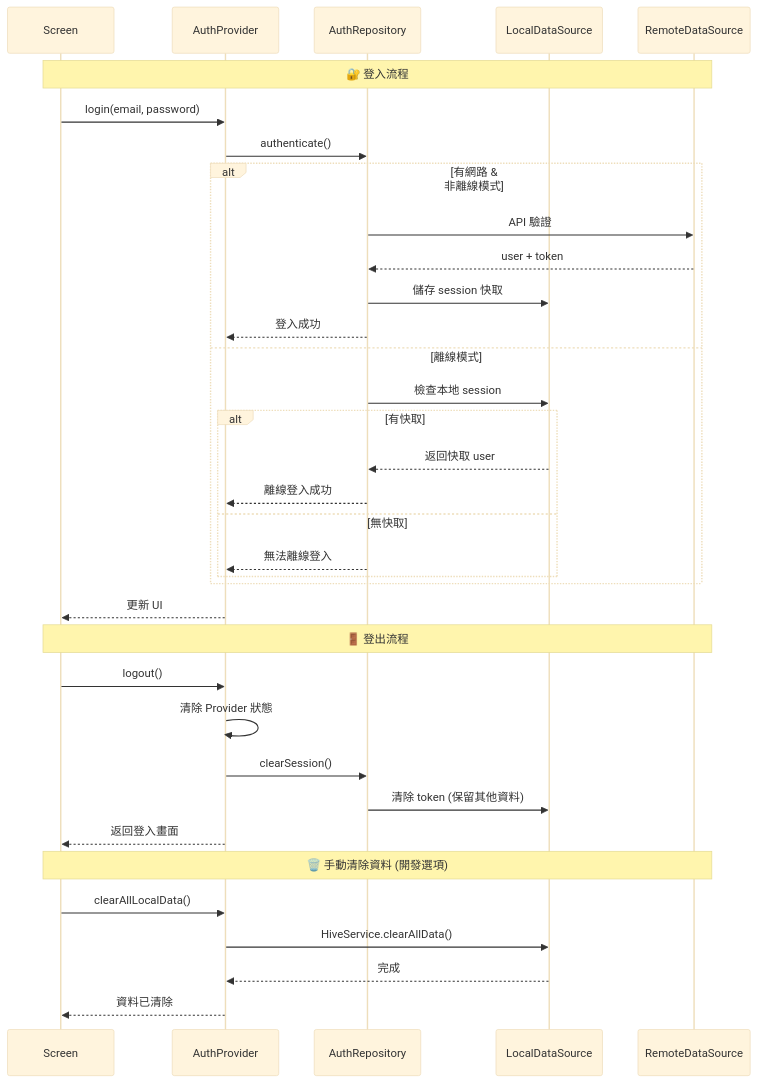
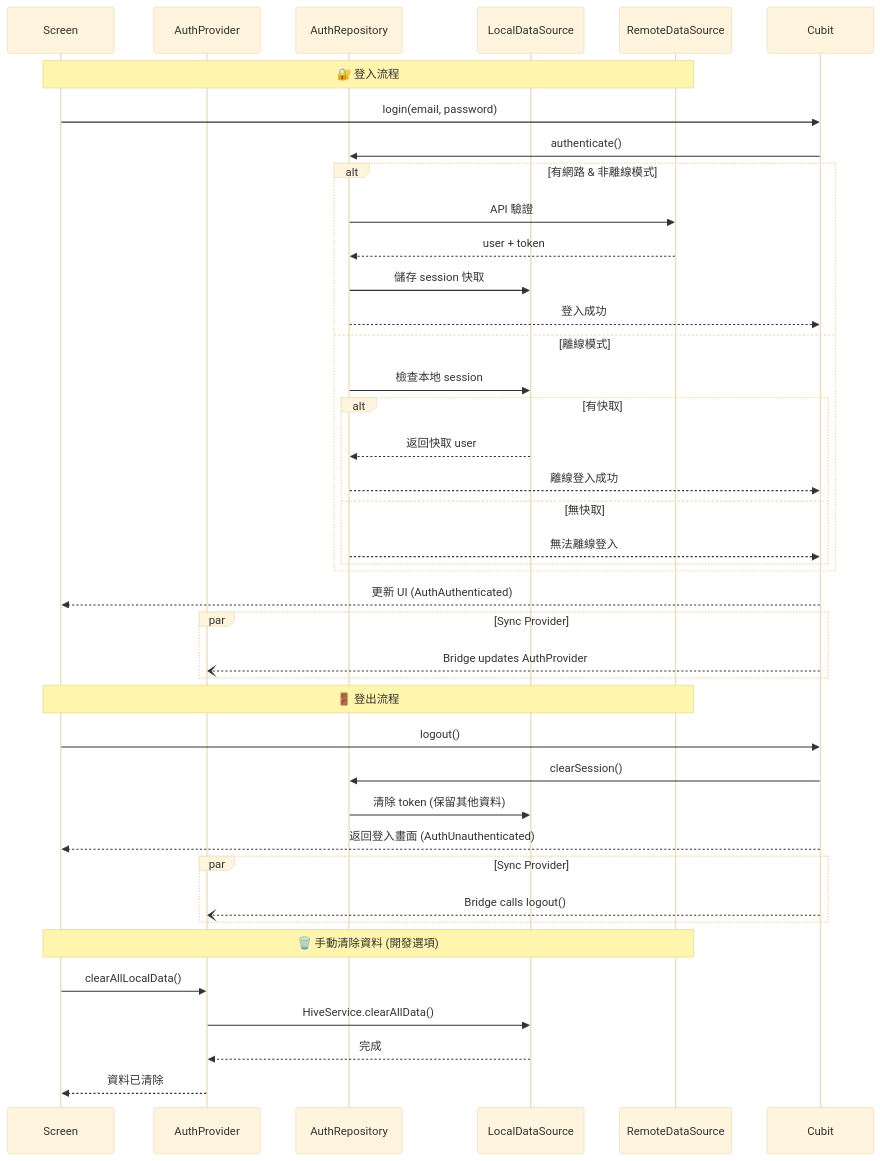
One commit to dectecx/SummitMate changed the fourth of 5 diagrams in docs/ARCHITECTURE_AND_SCHEMA.md. Above: the diagram before and after it, drawn with Mermaid (base theme). The commit also changed other lines of this file and 3 other files, not shown here.

Commit message:
test: add auth cubit unit tests and update docs

````diff
--- a/docs/ARCHITECTURE_AND_SCHEMA.md
+++ b/docs/ARCHITECTURE_AND_SCHEMA.md
@@ -316,41 +316,47 @@
 ```mermaid
 sequenceDiagram
     participant UI as Screen
     participant AP as AuthProvider
     participant Repo as AuthRepository
     participant Local as LocalDataSource
     participant Remote as RemoteDataSource
 
     Note over UI,Remote: 🔐 登入流程
-    UI->>AP: login(email, password)
-    AP->>Repo: authenticate()
+    UI->>Cubit: login(email, password)
+    Cubit->>Repo: authenticate()
 
     alt 有網路 & 非離線模式
         Repo->>Remote: API 驗證
         Remote-->>Repo: user + token
         Repo->>Local: 儲存 session 快取
-        Repo-->>AP: 登入成功
+        Repo-->>Cubit: 登入成功
     else 離線模式
         Repo->>Local: 檢查本地 session
         alt 有快取
             Local-->>Repo: 返回快取 user
-            Repo-->>AP: 離線登入成功
+            Repo-->>Cubit: 離線登入成功
         else 無快取
-            Repo-->>AP: 無法離線登入
+            Repo-->>Cubit: 無法離線登入
         end
     end
-    AP-->>UI: 更新 UI
+
+    Cubit-->>UI: 更新 UI (AuthAuthenticated)
+    par Sync Provider
+        Cubit--)AP: Bridge updates AuthProvider
+    end
 
     Note over UI,Remote: 🚪 登出流程
-    UI->>AP: logout()
-    AP->>AP: 清除 Provider 狀態
-    AP->>Repo: clearSession()
+    UI->>Cubit: logout()
+    Cubit->>Repo: clearSession()
     Repo->>Local: 清除 token (保留其他資料)
-    AP-->>UI: 返回登入畫面
+    Cubit-->>UI: 返回登入畫面 (AuthUnauthenticated)
+    par Sync Provider
+        Cubit--)AP: Bridge calls logout()
+    end
 
     Note over UI,Remote: 🗑️ 手動清除資料 (開發選項)
     UI->>AP: clearAllLocalData()
     AP->>Local: HiveService.clearAllData()
     Local-->>AP: 完成
     AP-->>UI: 資料已清除
 ```
````
